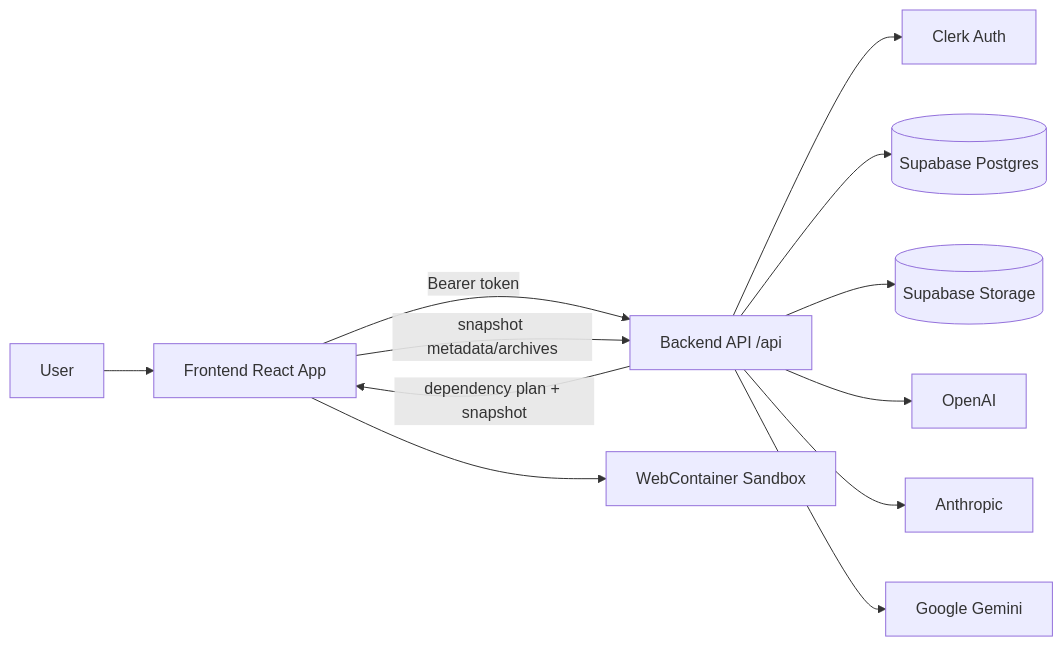
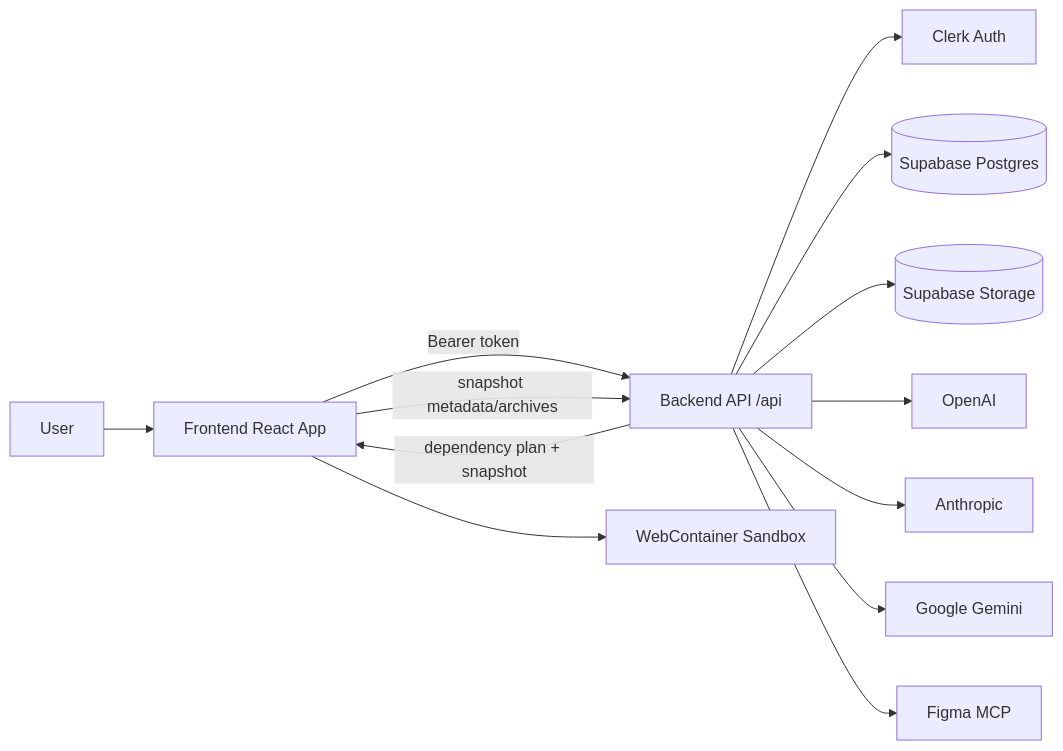
Before and after one commit to SpiritOfKedar/nextgen: the first of 4 diagrams in README.md, drawn with Mermaid. The commit also changed other lines of this file and 14 other files, not shown here.

Commit message:
feat: integrate Figma design context into chat by implementing Figma MCP client, controller, and UI panel for visual inspection.

````diff
--- a/README.md
+++ b/README.md
@@ -76,14 +79,15 @@
 ```mermaid
 flowchart LR
   U[User] --> FE[Frontend React App]
   FE -->|Bearer token| BE[Backend API /api]
   BE --> CK[Clerk Auth]
   BE --> DB[(Supabase Postgres)]
   BE --> ST[(Supabase Storage)]
   BE --> AI1[OpenAI]
   BE --> AI2[Anthropic]
   BE --> AI3[Google Gemini]
+  BE --> MCP[Figma MCP]
   FE --> WC[WebContainer Sandbox]
   FE -->|snapshot metadata/archives| BE
   BE -->|dependency plan + snapshot| FE
 ```
````
